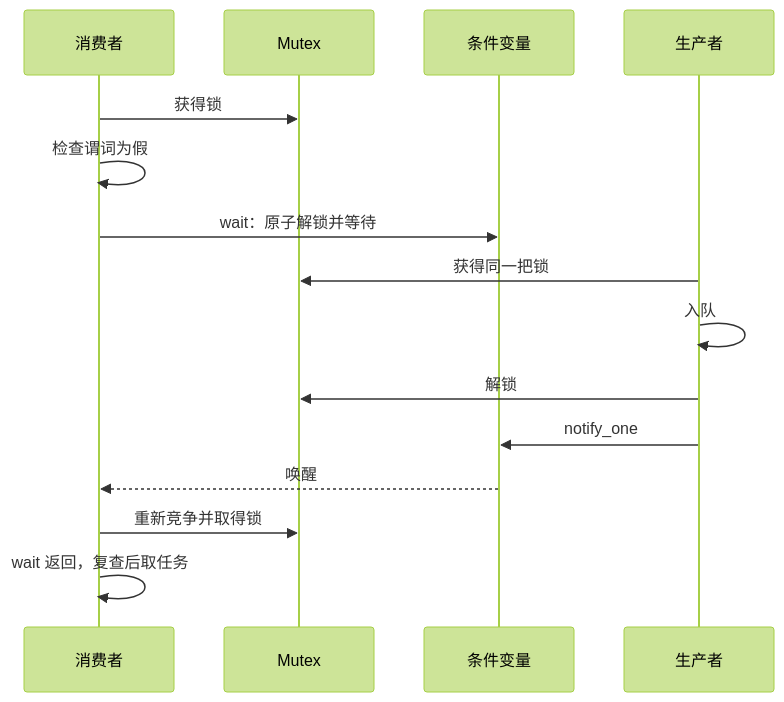
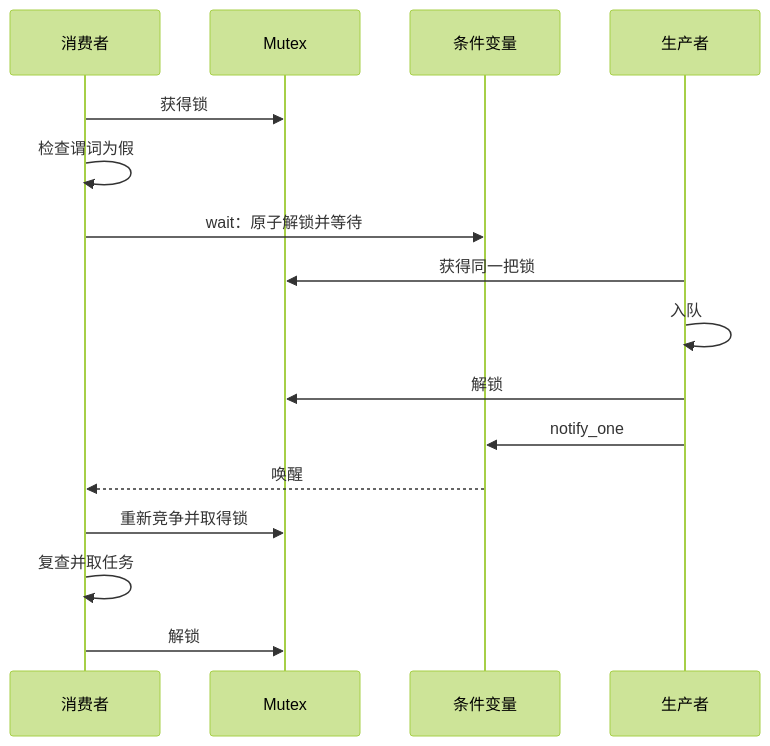
Before and after one commit to fordelkon/delkon.us.kg: the second of 2 diagrams in content/posts/concurrency/locks-condvars-shared-memory-sync.md, drawn with Mermaid (forest theme). The commit also changed other lines of this file and 5 other files, not shown here.

First line of the commit message:
docs: audit concurrency series rigor, code comments, and diagrams

````diff
--- a/content/posts/concurrency/locks-condvars-shared-memory-sync.md
+++ b/content/posts/concurrency/locks-condvars-shared-memory-sync.md
@@ -280,17 +283,18 @@
-```mermaid title="条件变量的等待、通知与复查" description="消费者持锁发现空队列。wait 原子地解锁并进入等待；生产者持同一把锁入队，解锁后通知。消费者醒来后重新竞争并取得锁，wait 才返回。复查谓词成立后才领取任务。"
+```mermaid title="条件变量的等待、通知与复查" description="消费者持锁发现空队列。wait 原子地解锁并进入等待；生产者持同一把锁入队，解锁后通知。消费者醒来后重新竞争并取得锁，wait 才返回。复查谓词成立后才领取任务并解锁。"
 sequenceDiagram
  participant C as 消费者
  participant M as Mutex
  participant V as 条件变量
  participant P as 生产者
  C->>M: 获得锁
  C->>C: 检查谓词为假
  C->>V: wait：原子解锁并等待
  P->>M: 获得同一把锁
  P->>P: 入队
  P->>M: 解锁
  P->>V: notify_one
  V-->>C: 唤醒
  C->>M: 重新竞争并取得锁
- C->>C: wait 返回，复查后取任务
+ C->>C: 复查并取任务
+ C->>M: 解锁
 ```
````
